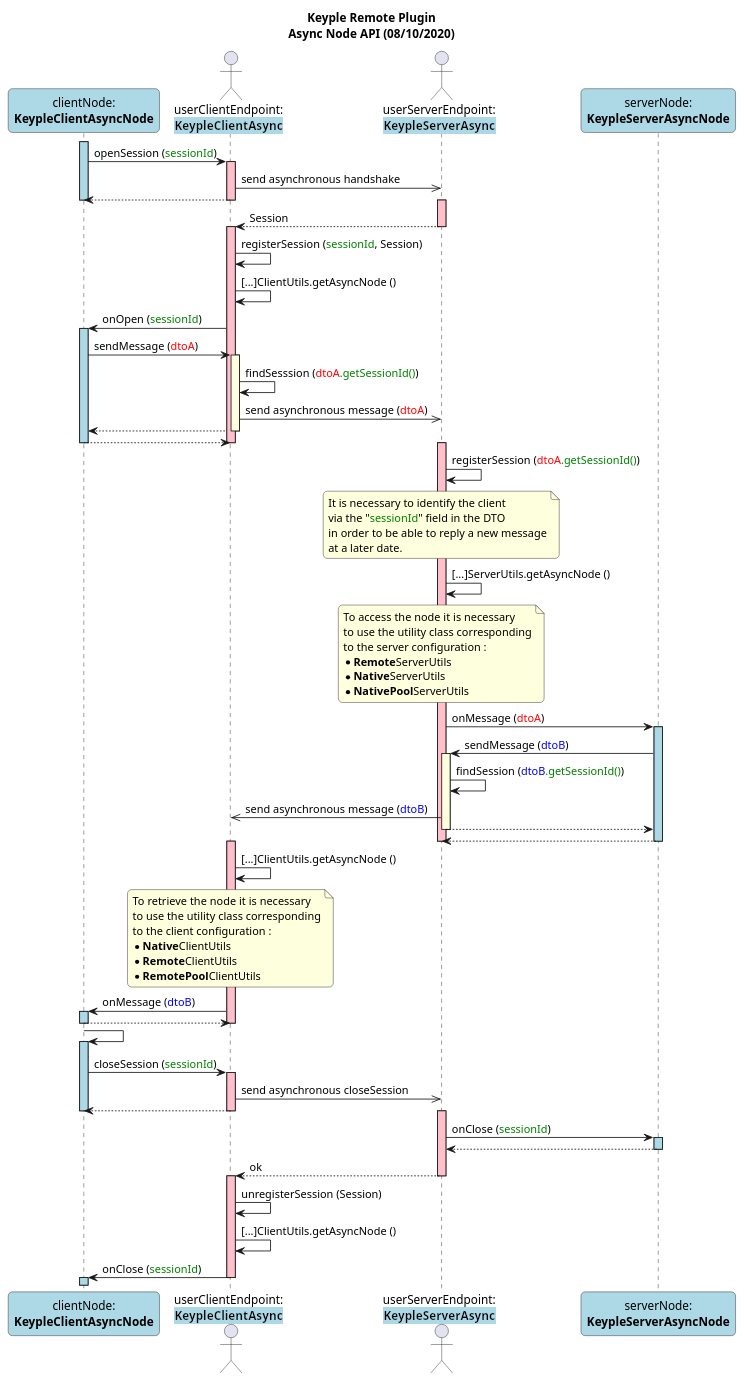
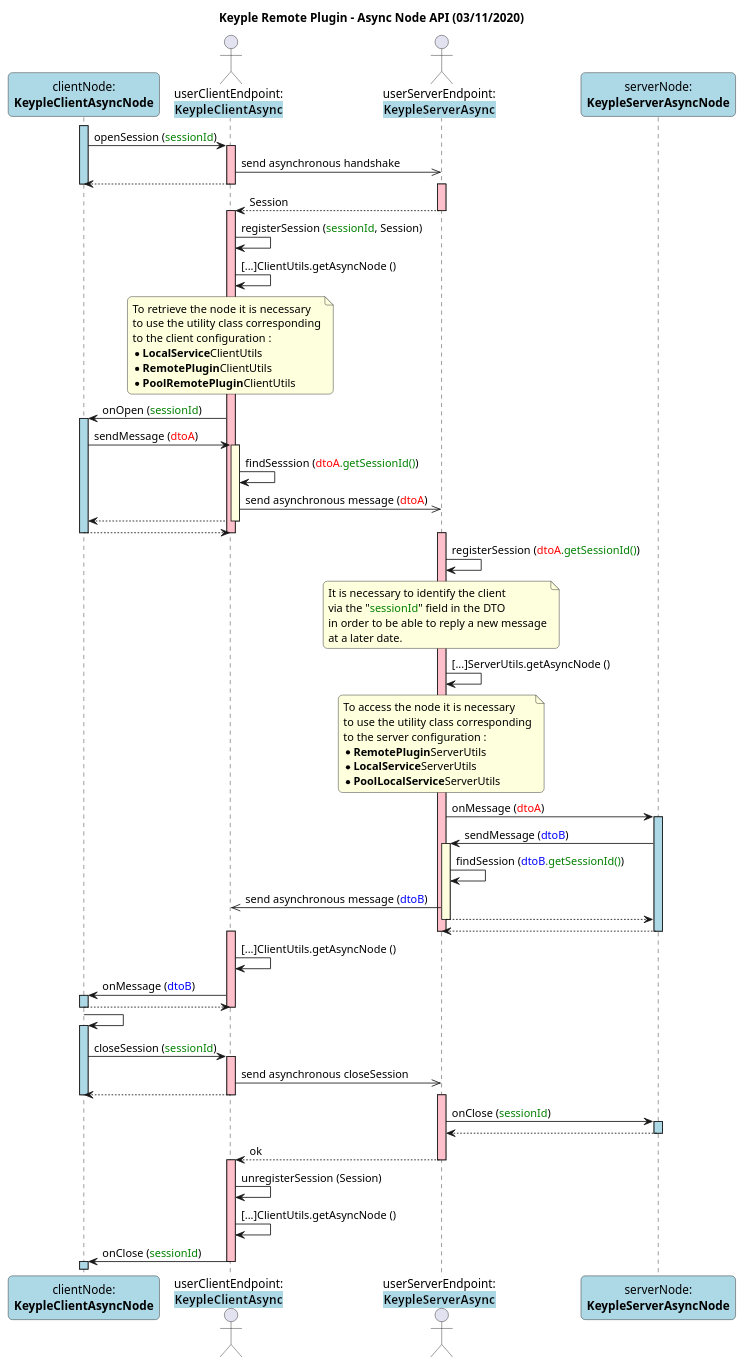
The diagram in media/remote-plugin/sequence/Remote_Sequence_AsyncNode_API.puml (yvonneyam/keyple-website), drawn with PlantUML before and after one commit. The commit also changed 28 other files, not shown here.

```diff
--- a/media/remote-plugin/sequence/Remote_Sequence_AsyncNode_API.puml
+++ b/media/remote-plugin/sequence/Remote_Sequence_AsyncNode_API.puml
@@ -1,108 +1,107 @@
 @startuml
 
 title
-    Keyple Remote Plugin
-    Async Node API (08/10/2020)
+    Keyple Remote Plugin - Async Node API (03/11/2020)
 end title
 
 ' == THEME ==
 
 skinparam Shadowing false
 skinparam RoundCorner 10
 
 ' == CONTENT ==
 
 participant "clientNode:\n**KeypleClientAsyncNode**" as clientNode #LightBlue
 actor "userClientEndpoint:\n**<back:LightBlue>KeypleClientAsync**" as userClientEndpoint
 
 actor "userServerEndpoint:\n**<back:LightBlue>KeypleServerAsync**" as userServerEndpoint
 participant "serverNode:\n**KeypleServerAsyncNode**" as serverNode #LightBlue
 
 activate clientNode #LightBlue
 clientNode -> userClientEndpoint : openSession (<color:green>sessionId</color>)
 activate userClientEndpoint #Pink
 userClientEndpoint ->> userServerEndpoint : send asynchronous handshake
 return
 deactivate clientNode
 
 activate userServerEndpoint #Pink
 userServerEndpoint --> userClientEndpoint : Session
 deactivate userServerEndpoint
 activate userClientEndpoint #Pink
 userClientEndpoint -> userClientEndpoint : registerSession (<color:green>sessionId</color>, Session)
 userClientEndpoint -> userClientEndpoint : [...]ClientUtils.getAsyncNode ()
+note over userClientEndpoint
+    To retrieve the node it is necessary
+    to use the utility class corresponding
+    to the client configuration :
+    * **LocalService**ClientUtils
+    * **RemotePlugin**ClientUtils
+    * **PoolRemotePlugin**ClientUtils
+end note
 userClientEndpoint -> clientNode : onOpen (<color:green>sessionId</color>)
 activate clientNode #LightBlue
 clientNode -> userClientEndpoint : sendMessage (<color:red>dtoA</color>)
 activate userClientEndpoint #LightYellow
 userClientEndpoint -> userClientEndpoint : findSesssion (<color:red>dtoA</color><color:green>.getSessionId()</color>)
 userClientEndpoint ->> userServerEndpoint : send asynchronous message (<color:red>dtoA</color>)
 return
 return
 deactivate userClientEndpoint
 
 activate userServerEndpoint #Pink
 userServerEndpoint -> userServerEndpoint : registerSession (<color:red>dtoA</color><color:green>.getSessionId()</color>)
 note over userServerEndpoint
     It is necessary to identify the client
     via the "<color:green>sessionId</color>" field in the DTO
     in order to be able to reply a new message
     at a later date.
 end note
 userServerEndpoint -> userServerEndpoint : [...]ServerUtils.getAsyncNode ()
 note over userServerEndpoint
     To access the node it is necessary
     to use the utility class corresponding
     to the server configuration :
-    * **Remote**ServerUtils
-    * **Native**ServerUtils
-    * **NativePool**ServerUtils
+    * **RemotePlugin**ServerUtils
+    * **LocalService**ServerUtils
+    * **PoolLocalService**ServerUtils
 end note
 userServerEndpoint -> serverNode : onMessage (<color:red>dtoA</color>)
 activate serverNode #LightBlue
 serverNode -> userServerEndpoint : sendMessage (<color:blue>dtoB</color>)
 activate userServerEndpoint #LightYellow
 userServerEndpoint -> userServerEndpoint : findSession (<color:blue>dtoB</color><color:green>.getSessionId()</color>)
 userServerEndpoint ->> userClientEndpoint : send asynchronous message (<color:blue>dtoB</color>)
 return
 return
 deactivate userServerEndpoint
 
 activate userClientEndpoint #Pink
 userClientEndpoint -> userClientEndpoint : [...]ClientUtils.getAsyncNode ()
-note over userClientEndpoint
-    To retrieve the node it is necessary
-    to use the utility class corresponding
-    to the client configuration :
-    * **Native**ClientUtils
-    * **Remote**ClientUtils
-    * **RemotePool**ClientUtils
-end note
 userClientEndpoint -> clientNode : onMessage (<color:blue>dtoB</color>)
 activate clientNode #LightBlue
 return
 deactivate userClientEndpoint
 
 clientNode -> clientNode
 activate clientNode #LightBlue
 
 clientNode -> userClientEndpoint : closeSession (<color:green>sessionId</color>)
 activate userClientEndpoint #Pink
 userClientEndpoint ->> userServerEndpoint : send asynchronous closeSession
 return
 deactivate clientNode
 
 activate userServerEndpoint #Pink
 userServerEndpoint -> serverNode : onClose (<color:green>sessionId</color>)
 activate serverNode #LightBlue
 return
 userServerEndpoint --> userClientEndpoint : ok
 deactivate userServerEndpoint
 activate userClientEndpoint #Pink
 userClientEndpoint -> userClientEndpoint : unregisterSession (Session)
 userClientEndpoint -> userClientEndpoint : [...]ClientUtils.getAsyncNode ()
 userClientEndpoint -> clientNode : onClose (<color:green>sessionId</color>)
 deactivate userClientEndpoint
 activate clientNode #LightBlue
 
 @enduml
```
